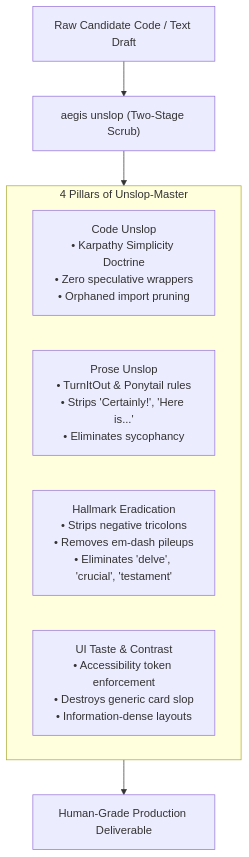
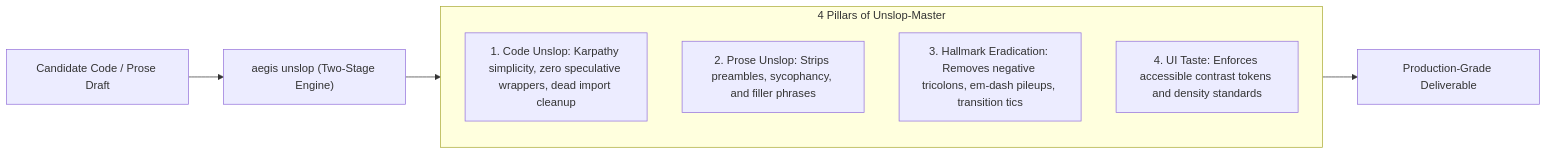
The fourth of 5 diagrams in README.md (PG300604/aegis-brain), drawn with Mermaid before and after one commit. The commit also changed other lines of this file, not shown here.

Commit message:
docs: break README ice-lock with native Mermaid diagrams, Excalidraw design links, and un-scrawled architectural deep dives

````diff
--- a/README.md
+++ b/README.md
@@ -246,14 +217,13 @@
 ```mermaid
-flowchart TD
-    Raw["Raw Candidate Code / Text Draft"] --> Unslop["aegis unslop (Two-Stage Scrub)"]
+flowchart LR
+    Input["Candidate Code / Prose Draft"] --> TwoStage["aegis unslop (Two-Stage Engine)"]
     
     subgraph Pillars ["4 Pillars of Unslop-Master"]
-        P1["Code Unslop<br/>• Karpathy Simplicity Doctrine<br/>• Zero speculative wrappers<br/>• Orphaned import pruning"]
-        P2["Prose Unslop<br/>• TurnItOut & Ponytail rules<br/>• Strips 'Certainly!', 'Here is...'<br/>• Eliminates sycophancy"]
-        P3["Hallmark Eradication<br/>• Strips negative tricolons<br/>• Removes em-dash pileups<br/>• Eliminates 'delve', 'crucial', 'testament'"]
-        P4["UI Taste & Contrast<br/>• Accessibility token enforcement<br/>• Destroys generic card slop<br/>• Information-dense layouts"]
+        P1["1. Code Unslop: Karpathy simplicity, zero speculative wrappers, dead import cleanup"]
+        P2["2. Prose Unslop: Strips preambles, sycophancy, and filler phrases"]
+        P3["3. Hallmark Eradication: Removes negative tricolons, em-dash pileups, transition tics"]
+        P4["4. UI Taste: Enforces accessible contrast tokens and density standards"]
     end
-
-    Unslop --> Pillars
-    Pillars --> Verified["Human-Grade Production Deliverable"]
+    
+    TwoStage --> Pillars --> Clean["Production-Grade Deliverable"]
 ```
````
